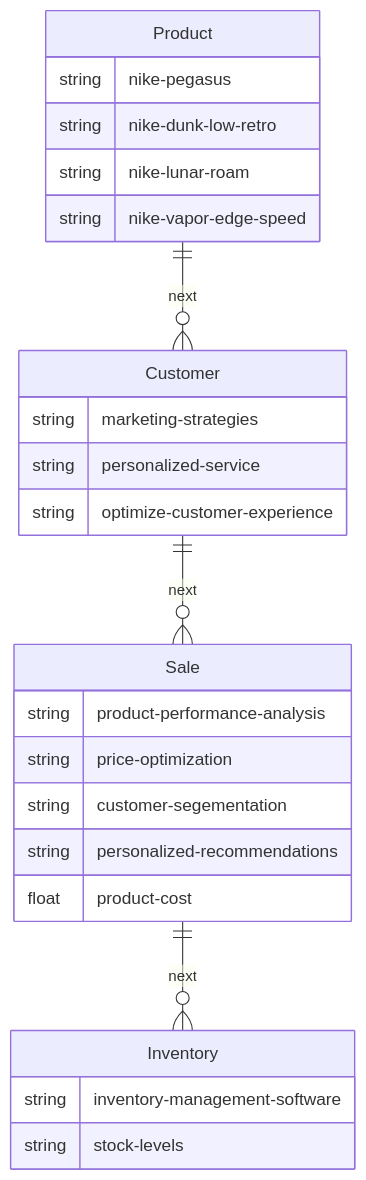
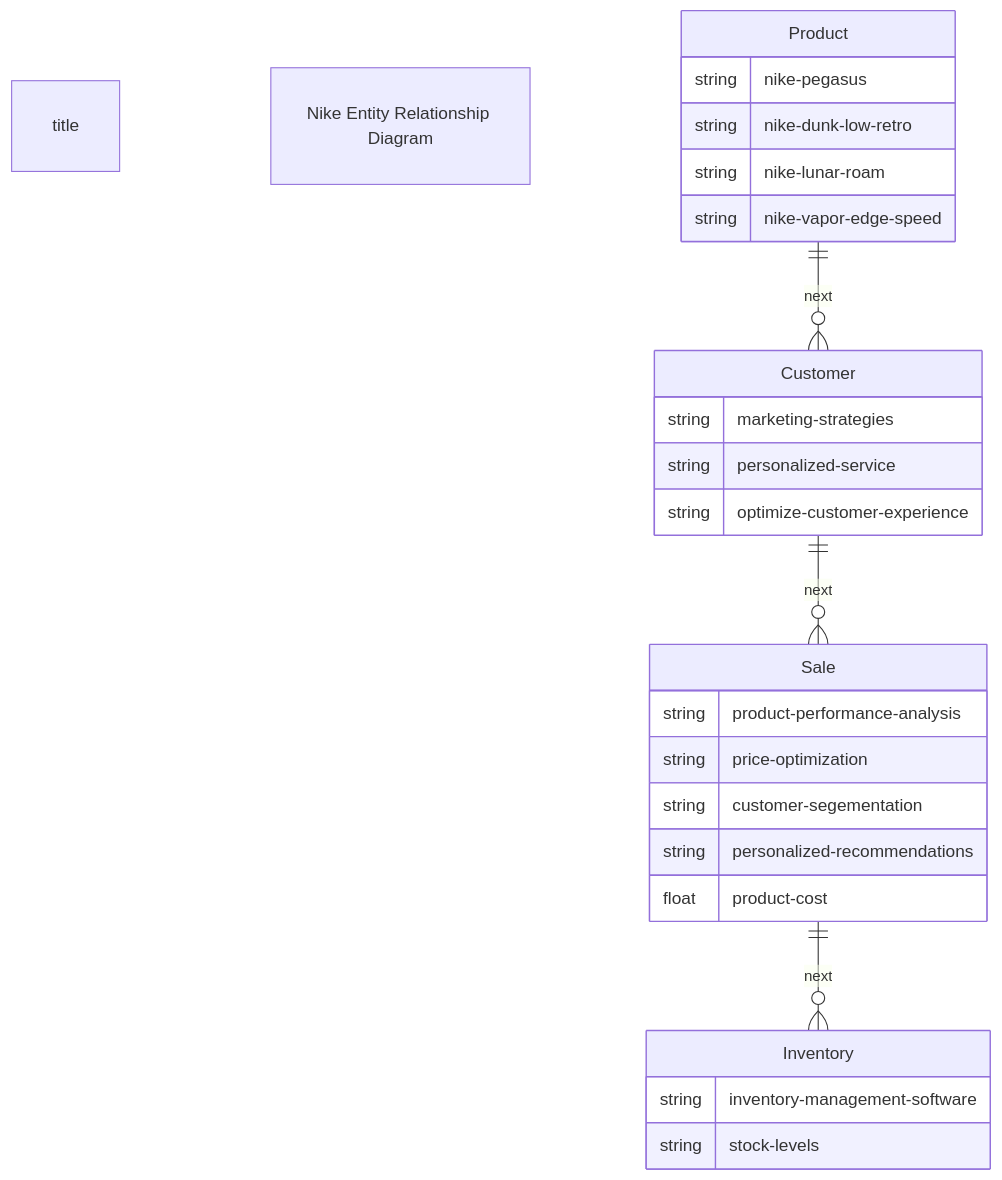
One commit to JordanDuncan5/Nike-Store-ERD changed the diagram in NikeStore_ERD.md. Above: the diagram before and after it, drawn with Mermaid.

Commit message:
Update NikeStore_ERD.md
title attempt 2

````diff
--- a/NikeStore_ERD.md
+++ b/NikeStore_ERD.md
@@ -1,36 +1,34 @@
 ```mermaid
----
-title Nike Entity Relationship Diagram
----
+
 erDiagram
 
-
+title "Nike Entity Relationship Diagram"
 
     Product ||--o{ Customer :next
     Product{
         string nike-pegasus
         string nike-dunk-low-retro
         string nike-lunar-roam
         string nike-vapor-edge-speed
     }
     Customer ||--o{ Sale :next
     Customer{
         string marketing-strategies
         string personalized-service
         string optimize-customer-experience
     }
     Sale ||--o{ Inventory :next
     Sale{
         string product-performance-analysis
         string price-optimization
         string customer-segementation
         string personalized-recommendations
         float product-cost
     }
     
     Inventory{
         string inventory-management-software
         string stock-levels
     }
 
 ```
````
